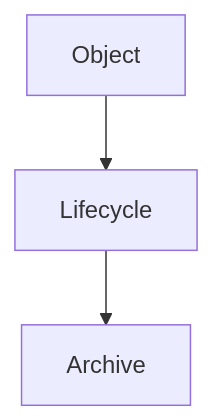
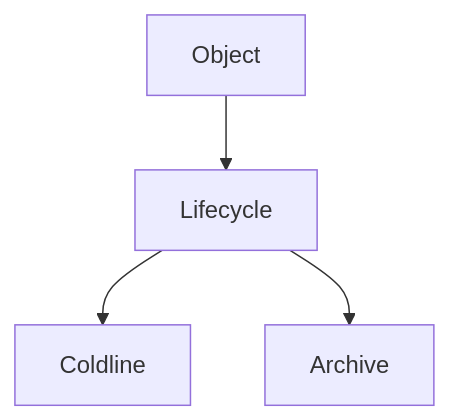
The third of 9 diagrams in 06_LAB/01_GCP_ACE_HACK/sessions_ver262/05_storage.md (conti0513/development_public), drawn with Mermaid before and after one commit. The commit also changed other lines of this file and 22 other files, not shown here.

````diff
--- a/06_LAB/01_GCP_ACE_HACK/sessions_ver262/05_storage.md
+++ b/06_LAB/01_GCP_ACE_HACK/sessions_ver262/05_storage.md
@@ -89,5 +128,6 @@
 ```mermaid
 graph TD
 Object --> Lifecycle
+Lifecycle --> Coldline
 Lifecycle --> Archive
 ```
````
